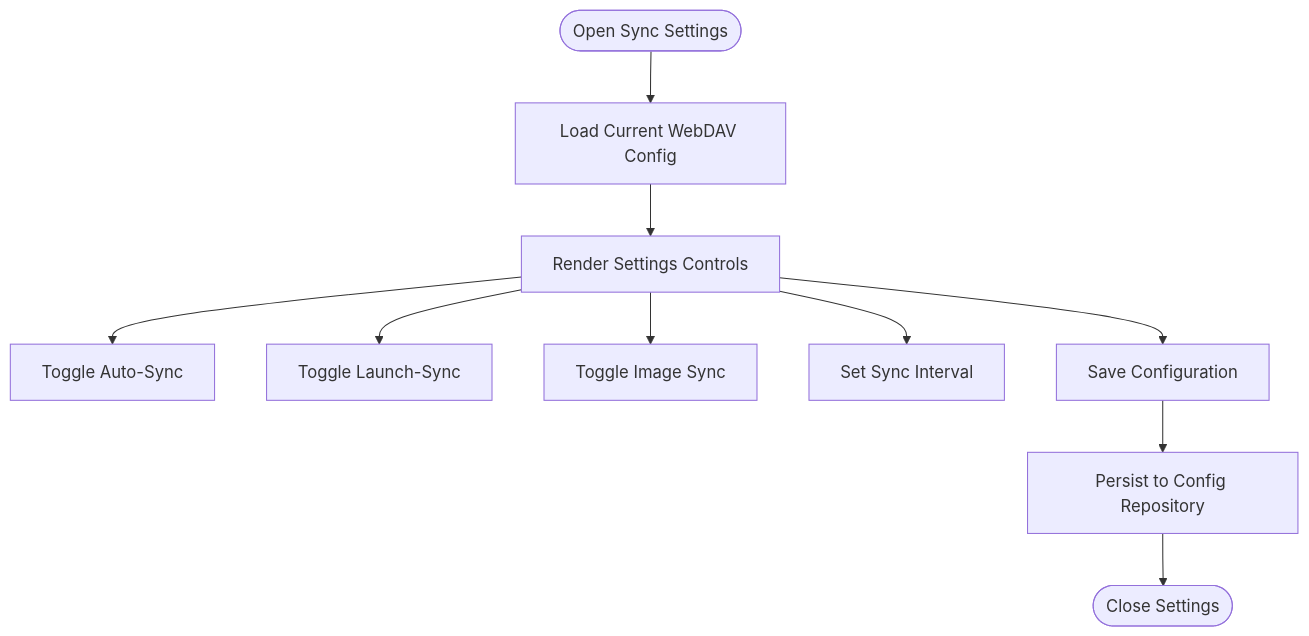
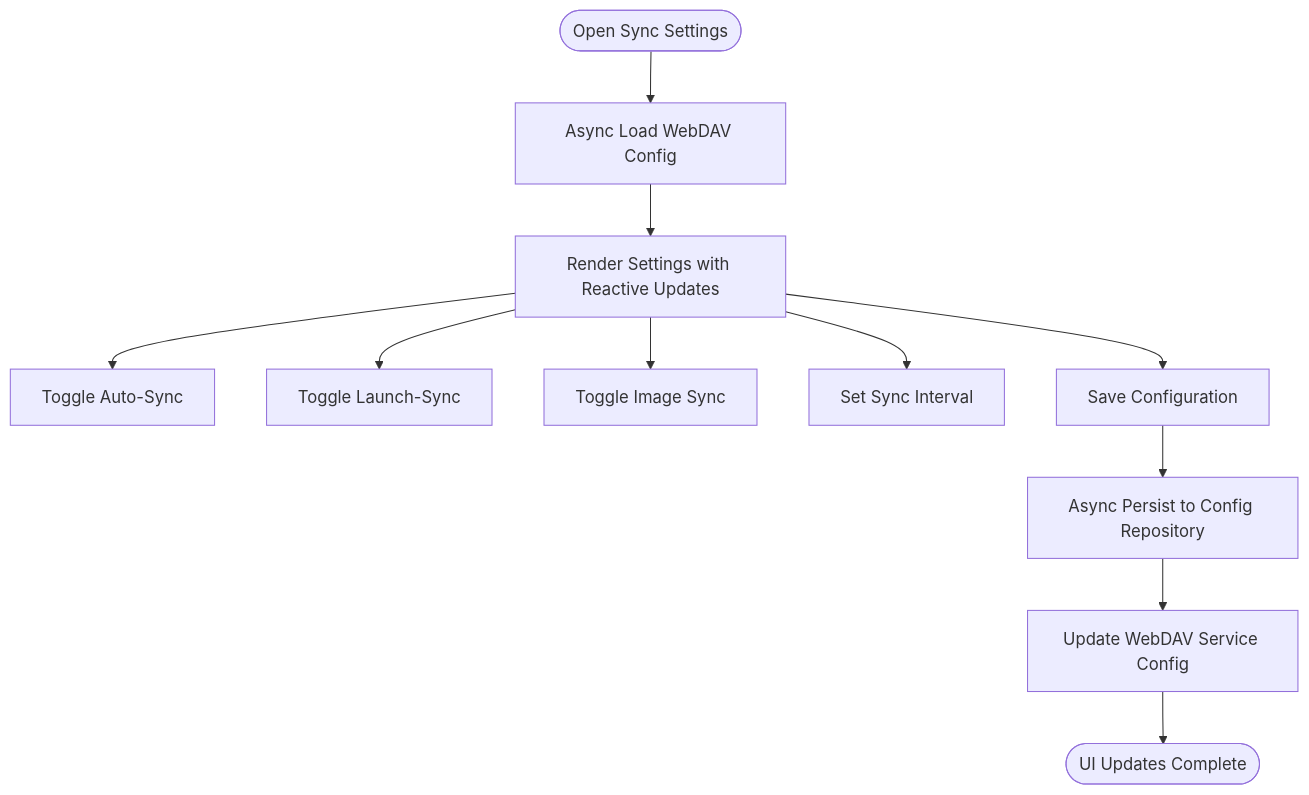
Before and after one commit to favoroo/QNote: the eighth of 10 diagrams in .qoder/repowiki/en/content/Core Features/Cloud Synchronization.md, drawn with Mermaid. The commit also changed other lines of this file and 65 other files, not shown here.

First line of the commit message:
docs: 新增项目文档与配置文件，修复AI提取与热力图问题

````diff
--- a/.qoder/repowiki/en/content/Core Features/Cloud Synchronization.md
+++ b/.qoder/repowiki/en/content/Core Features/Cloud Synchronization.md
@@ -280,12 +372,13 @@
 ```mermaid
 flowchart TD
-Start(["Open Sync Settings"]) --> LoadCfg["Load Current WebDAV Config"]
-LoadCfg --> UI["Render Settings Controls"]
+Start(["Open Sync Settings"]) --> LoadCfg["Async Load WebDAV Config"]
+LoadCfg --> UI["Render Settings with Reactive Updates"]
 UI --> ToggleAuto["Toggle Auto-Sync"]
 UI --> ToggleLaunch["Toggle Launch-Sync"]
 UI --> ToggleImages["Toggle Image Sync"]
 UI --> SetInterval["Set Sync Interval"]
 UI --> Save["Save Configuration"]
-Save --> Persist["Persist to Config Repository"]
-Persist --> End(["Close Settings"])
+Save --> Persist["Async Persist to Config Repository"]
+Persist --> UpdateService["Update WebDAV Service Config"]
+UpdateService --> End(["UI Updates Complete"])
 ```
````
